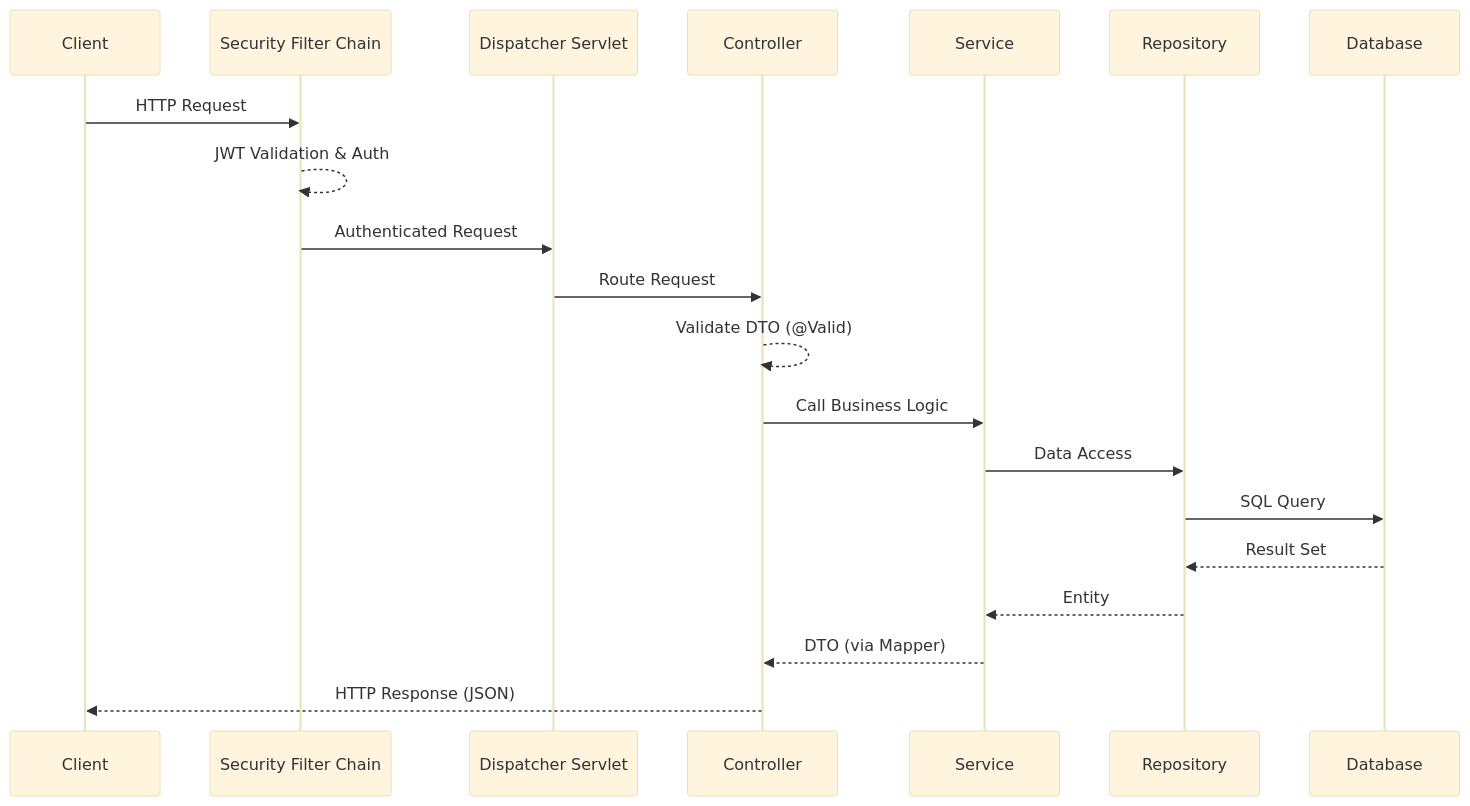
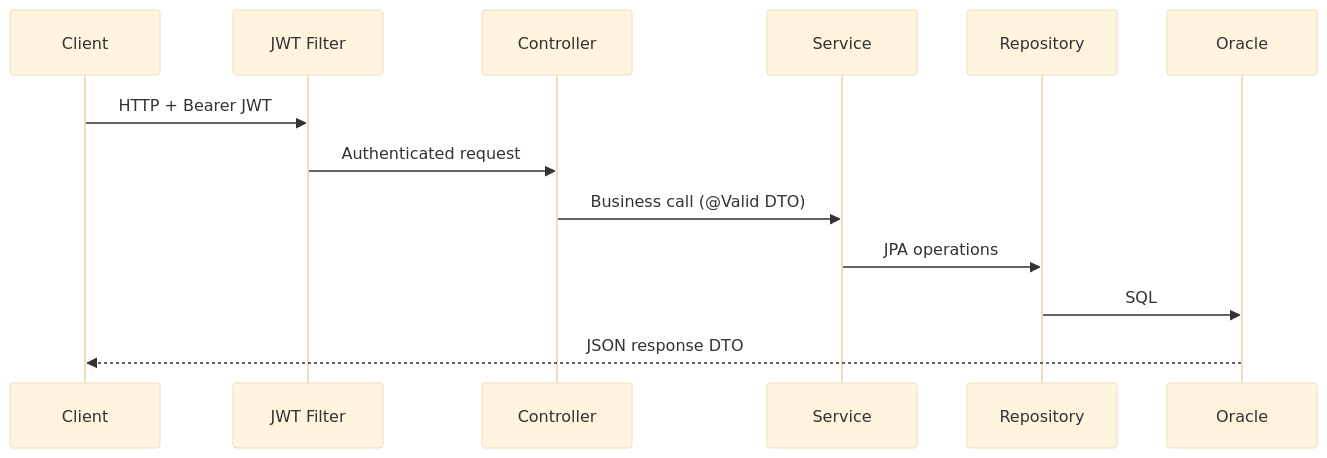
One commit to kirtika-0102/StockSmart changed the second of 4 diagrams in docs/backend-architecture.md. Above: the diagram before and after it, drawn with Mermaid (base theme). The commit also changed other lines of this file and 74 other files, not shown here.

Commit message:
architecture of application

````diff
--- a/docs/backend-architecture.md
+++ b/docs/backend-architecture.md
@@ -91,23 +53,16 @@
 ```mermaid
 sequenceDiagram
     participant Client
-    participant `SecurityFilterChain` as Security Filter Chain
-    participant `DispatcherServlet` as Dispatcher Servlet
+    participant Security as JWT Filter
     participant Controller
     participant Service
     participant Repository
-    participant Database
+    participant DB as Oracle
 
-    Client->>`SecurityFilterChain`: HTTP Request
-    `SecurityFilterChain`-->>`SecurityFilterChain`: JWT Validation & Auth
-    `SecurityFilterChain`->>`DispatcherServlet`: Authenticated Request
-    `DispatcherServlet`->>Controller: Route Request
-    Controller-->>Controller: Validate DTO (@Valid)
-    Controller->>Service: Call Business Logic
-    Service->>Repository: Data Access
-    Repository->>Database: SQL Query
-    Database-->>Repository: Result Set
-    Repository-->>Service: Entity
-    Service-->>Controller: DTO (via Mapper)
-    Controller-->>Client: HTTP Response (JSON)
+    Client->>Security: HTTP + Bearer JWT
+    Security->>Controller: Authenticated request
+    Controller->>Service: Business call (@Valid DTO)
+    Service->>Repository: JPA operations
+    Repository->>DB: SQL
+    DB-->>Client: JSON response DTO
 ```
````
